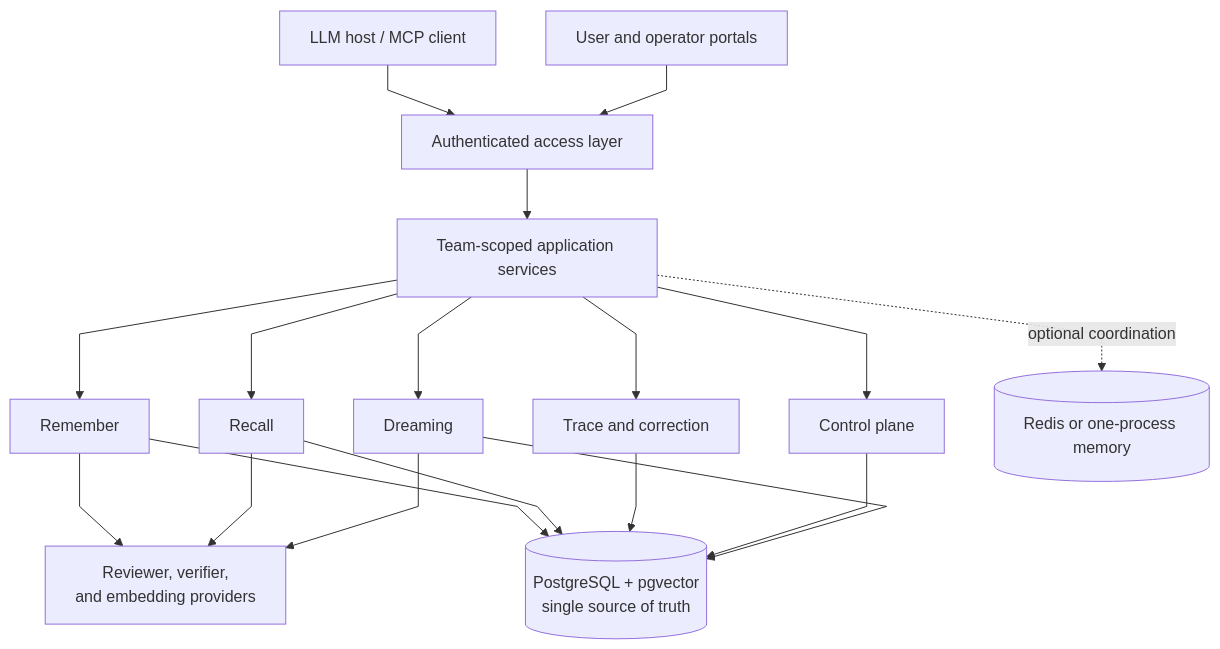
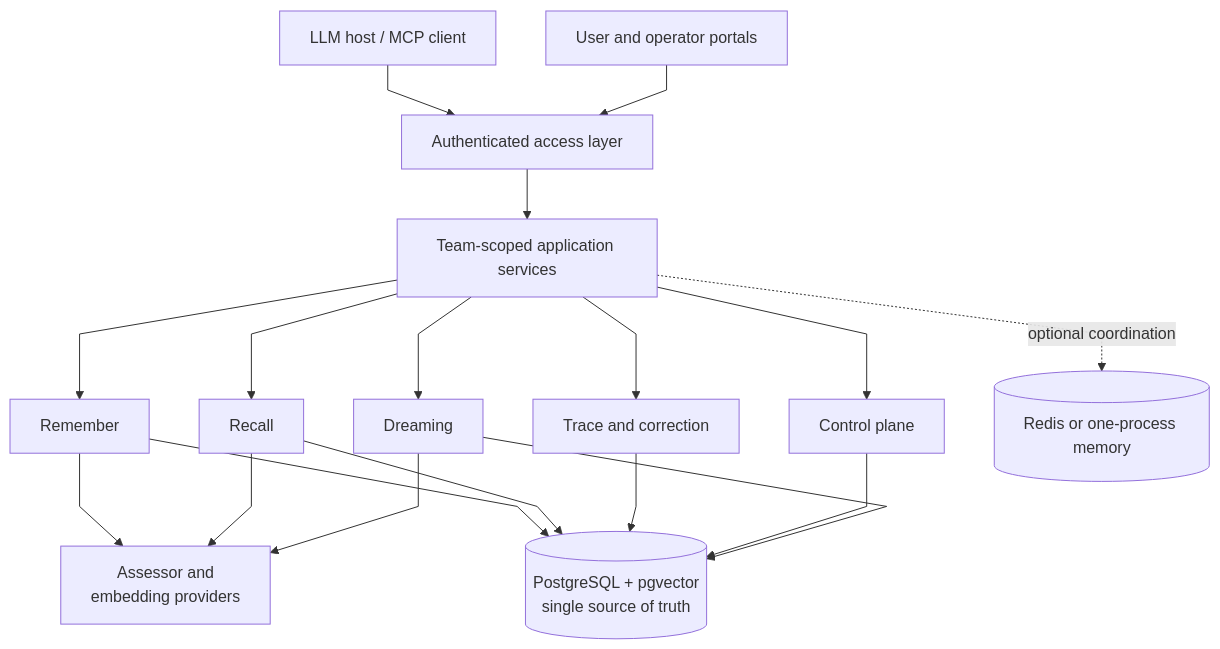
The first of 7 diagrams in Architecture.md (markhuangai/dense-mem), drawn with Mermaid before and after one commit. The commit also changed other lines of this file and 24 other files, not shown here.

Commit message:
Document V2.4 one-call placement architecture

````diff
--- a/Architecture.md
+++ b/Architecture.md
@@ -12,25 +12,25 @@
 ```mermaid
 %%{init: {"flowchart": {"curve": "linear"}}}%%
 flowchart TB
   Client["LLM host / MCP client"] --> Access["Authenticated access layer"]
   Browser["User and operator portals"] --> Access
   Access --> Services["Team-scoped application services"]
 
   Services --> Remember["Remember"]
   Services --> Recall["Recall"]
   Services --> Trace["Trace and correction"]
   Services --> Control["Control plane"]
   Services --> Dream["Dreaming"]
 
-  Remember --> Providers["Reviewer, verifier,<br/>and embedding providers"]
+  Remember --> Providers["Assessor and<br/>embedding providers"]
   Recall --> Providers
   Dream --> Providers
 
   Remember --> PG[("PostgreSQL + pgvector<br/>single source of truth")]
   Recall --> PG
   Trace --> PG
   Control --> PG
   Dream --> PG
 
   Services -. "optional coordination" .-> Redis[("Redis or one-process memory")]
 ```
````
